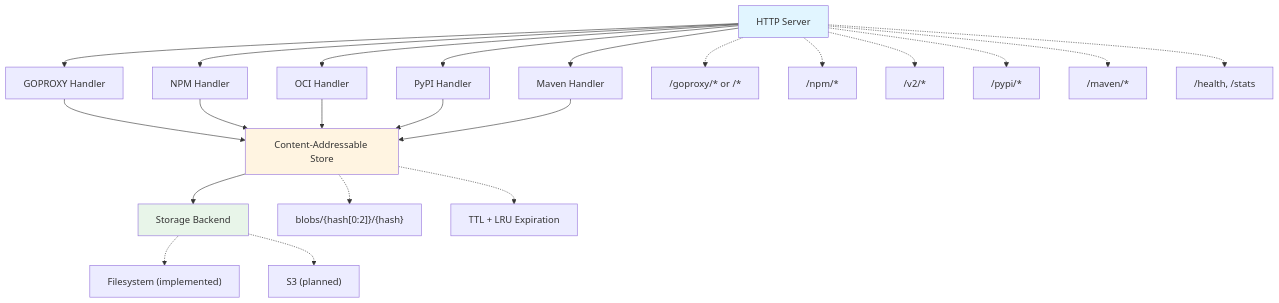
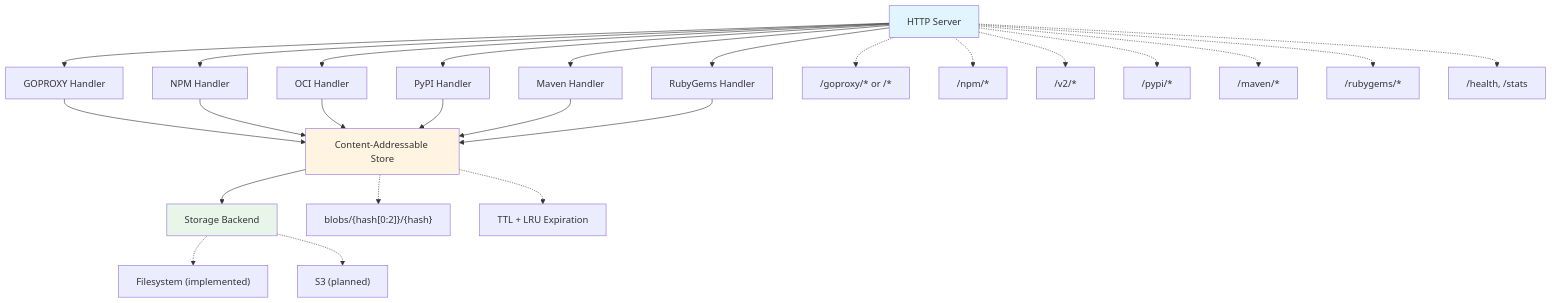
One commit to wolfeidau/content-cache changed the diagram in README.md. Above: the diagram before and after it, drawn with Mermaid. The commit also changed other lines of this file and 9 other files, not shown here.

First line of the commit message:
feat: add RubyGems registry support with Compact Index API and integrity verification

````diff
--- a/README.md
+++ b/README.md
@@ -113,33 +125,36 @@
 ```mermaid
 graph TD
     A[HTTP Server] --> B[GOPROXY Handler]
     A --> C[NPM Handler]
     A --> D[OCI Handler]
     A --> G[PyPI Handler]
     A --> H[Maven Handler]
+    A --> I[RubyGems Handler]
 
     B --> E[Content-Addressable Store]
     C --> E
     D --> E
     G --> E
     H --> E
+    I --> E
 
     E --> F[Storage Backend]
 
     A -.-> A1["/goproxy/* or /*"]
     A -.-> A2["/npm/*"]
     A -.-> A3["/v2/*"]
     A -.-> A4["/pypi/*"]
     A -.-> A5["/maven/*"]
-    A -.-> A6["/health, /stats"]
+    A -.-> A6["/rubygems/*"]
+    A -.-> A7["/health, /stats"]
 
     E -.-> E1["blobs/{hash[0:2]}/{hash}"]
     E -.-> E2["TTL + LRU Expiration"]
 
     F -.-> F1["Filesystem (implemented)"]
     F -.-> F2["S3 (planned)"]
 
     style A fill:#e1f5ff
     style E fill:#fff4e1
     style F fill:#e8f5e9
 ```
````
